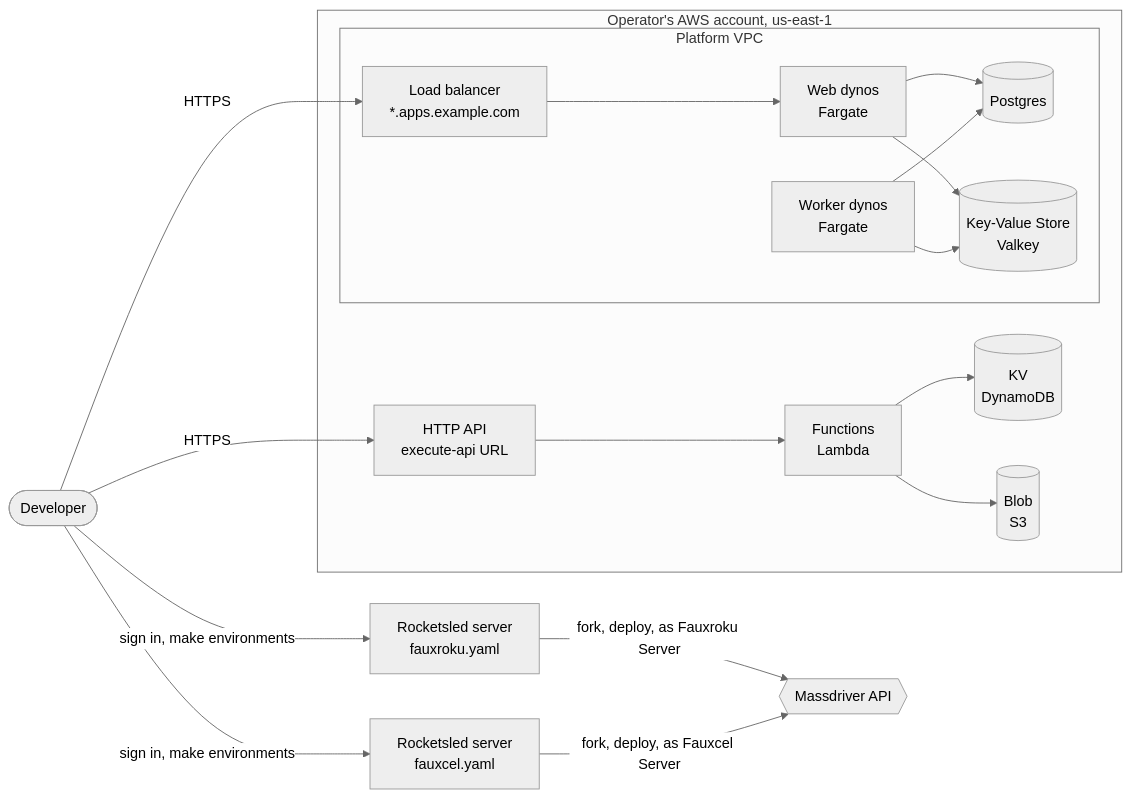
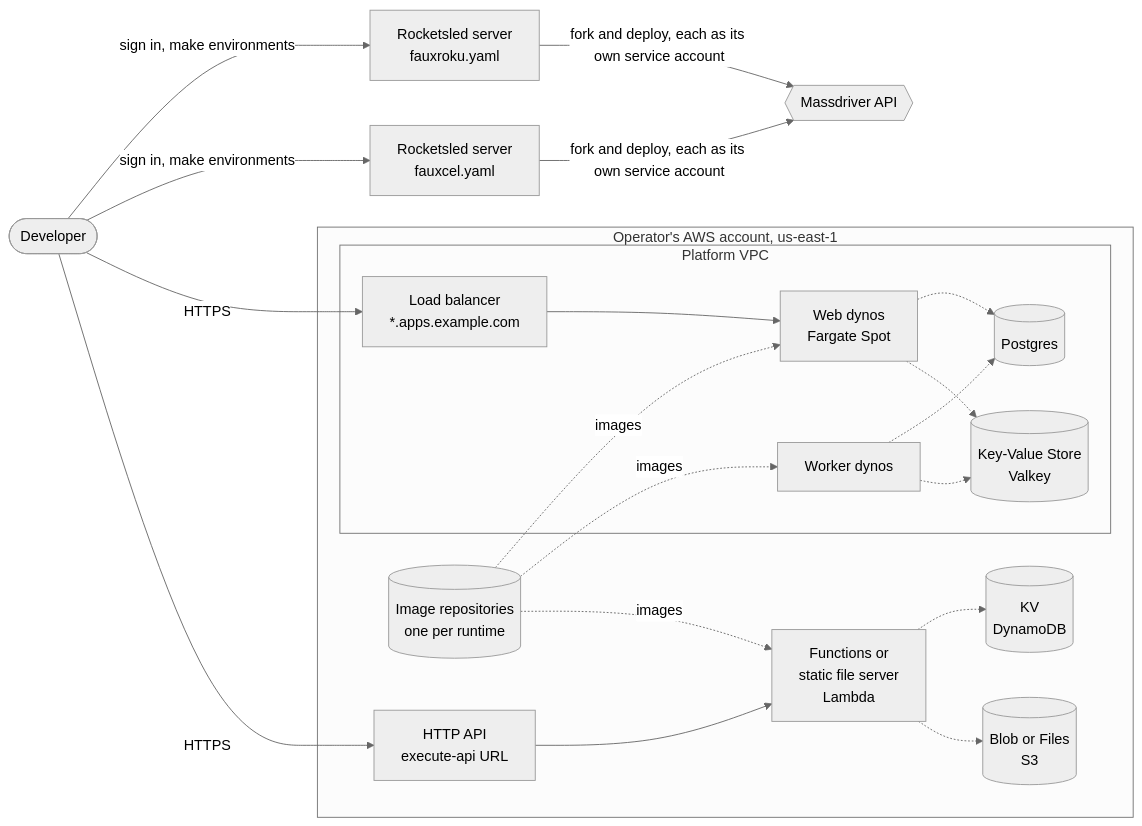
The diagram in examples/rocketsled/README.md (massdriver-catalogs/aws), drawn with Mermaid (neutral theme) before and after one commit. The commit also changed other lines of this file and 7 other files, not shown here.

First line of the commit message:
Skin each Rocketsled server, and point it at the platform and runtimes

````diff
--- a/examples/rocketsled/README.md
+++ b/examples/rocketsled/README.md
@@ -14,28 +14,29 @@
 ```mermaid
 flowchart LR
   dev(["Developer"])
   rsr["Rocketsled server<br>fauxroku.yaml"]
   rsc["Rocketsled server<br>fauxcel.yaml"]
   md{{"Massdriver API"}}
 
   subgraph aws["Operator's AWS account, us-east-1"]
     subgraph vpc["Platform VPC"]
       alb["Load balancer<br>*.apps.example.com"]
-      web["Web dynos<br>Fargate"]
-      worker["Worker dynos<br>Fargate"]
+      web["Web dynos<br>Fargate Spot"]
+      worker["Worker dynos"]
       pg[("Postgres")]
       kvs[("Key-Value Store<br>Valkey")]
     end
     api["HTTP API<br>execute-api URL"]
-    fn["Functions<br>Lambda"]
+    fn["Functions or<br>static file server<br>Lambda"]
     kv[("KV<br>DynamoDB")]
-    blob[("Blob<br>S3")]
+    blob[("Blob or Files<br>S3")]
+    ecr[("Image repositories<br>one per runtime")]
   end
 
   dev -- "sign in, make environments" --> rsr & rsc
-  rsr -- "fork, deploy, as Fauxroku Server" --> md
-  rsc -- "fork, deploy, as Fauxcel Server" --> md
+  rsr & rsc -- "fork and deploy, each as its own service account" --> md
   dev -- HTTPS --> alb --> web
-  web & worker --> pg & kvs
-  dev -- HTTPS --> api --> fn --> kv & blob
+  web & worker -.-> pg & kvs
+  dev -- HTTPS --> api --> fn -.-> kv & blob
+  ecr -. images .-> web & worker & fn
 ```
````
